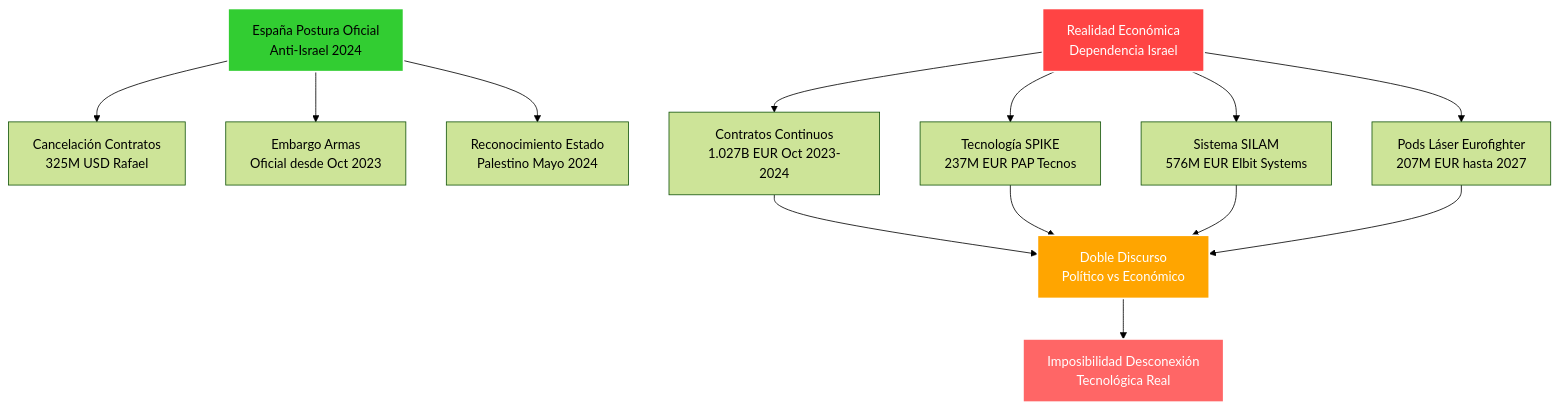
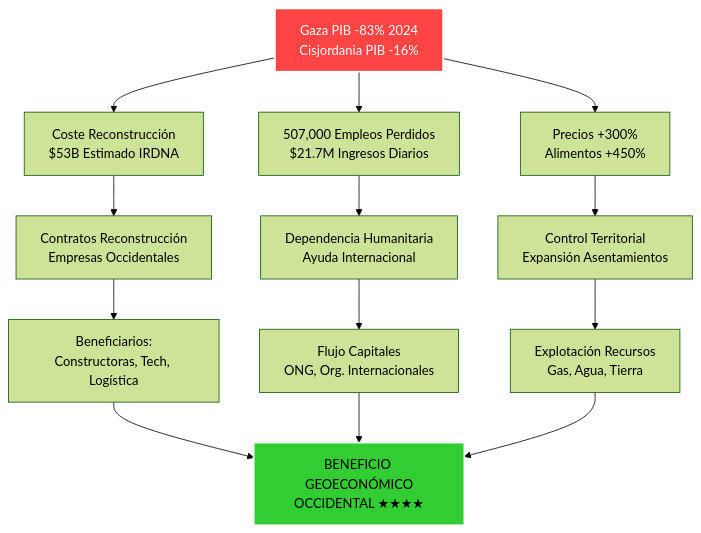
Diagram 17 of 18 in intel/israel_geopolitical_analysis.md (perpetuocambio/annotations), drawn with Mermaid (forest theme) before and after one commit. The commit also changed other lines of this file, not shown here.

````diff
--- a/intel/israel_geopolitical_analysis.md
+++ b/intel/israel_geopolitical_analysis.md
@@ -611,23 +779,21 @@
 ```mermaid
 flowchart TD
-    A[España Postura Oficial<br/>Anti-Israel 2024] --> B[Cancelación Contratos<br/>325M USD Rafael]
-    A --> C[Embargo Armas<br/>Oficial desde Oct 2023]
-    A --> D[Reconocimiento Estado<br/>Palestino Mayo 2024]
-    
-    E[Realidad Económica<br/>Dependencia Israel] --> F[Contratos Continuos<br/>1.027B EUR Oct 2023-2024]
-    E --> G[Tecnología SPIKE<br/>237M EUR PAP Tecnos]
-    E --> H[Sistema SILAM<br/>576M EUR Elbit Systems]
-    E --> I[Pods Láser Eurofighter<br/>207M EUR hasta 2027]
-    
-    F --> J[Doble Discurso<br/>Político vs Económico]
-    G --> J
-    H --> J
-    I --> J
-    
-    J --> K[Imposibilidad Desconexión<br/>Tecnológica Real]
-    
-    style A fill:#32cd32,stroke:#fff,stroke-width:2px,color:#000
-    style E fill:#ff4444,stroke:#fff,stroke-width:2px,color:#fff
-    style J fill:#ffa500,stroke:#fff,stroke-width:2px,color:#fff
-    style K fill:#ff6666,stroke:#fff,stroke-width:2px,color:#fff
+    A[Gaza PIB -83% 2024<br/>Cisjordania PIB -16%] --> B[Coste Reconstrucción<br/>$53B Estimado IRDNA]
+    A --> C[507,000 Empleos Perdidos<br/>$21.7M Ingresos Diarios]
+    A --> D[Precios +300%<br/>Alimentos +450%]
+
+    B --> E[Contratos Reconstrucción<br/>Empresas Occidentales]
+    C --> F[Dependencia Humanitaria<br/>Ayuda Internacional]
+    D --> G[Control Territorial<br/>Expansión Asentamientos]
+
+    E --> H[Beneficiarios:<br/>Constructoras, Tech, Logística]
+    F --> I[Flujo Capitales<br/>ONG, Org. Internacionales]
+    G --> J[Explotación Recursos<br/>Gas, Agua, Tierra]
+
+    H --> K[BENEFICIO GEOECONÓMICO<br/>OCCIDENTAL ★★★★]
+    I --> K
+    J --> K
+
+    style A fill:#ff4444,stroke:#fff,stroke-width:2px,color:#fff
+    style K fill:#32cd32,stroke:#fff,stroke-width:2px,color:#000
 ```
````
